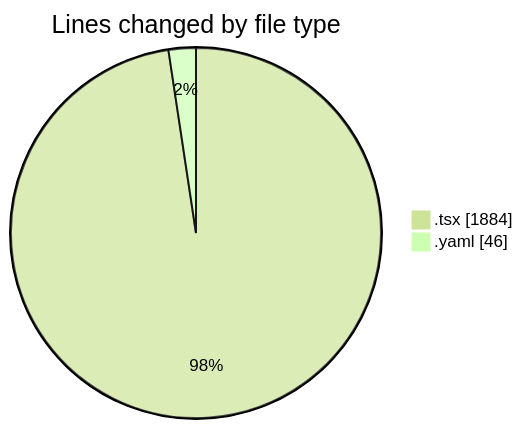
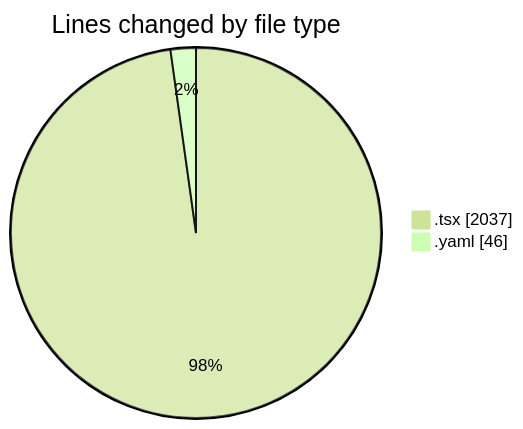
Before and after one commit to momahboobian/code-tracking: the first of 2 diagrams in 2025-11-20/cda/README.md, drawn with Mermaid (forest theme). The commit also changed other lines of this file and 1 other file, not shown here.

````diff
--- a/2025-11-20/cda/README.md
+++ b/2025-11-20/cda/README.md
@@ -28,6 +29,6 @@
 ```mermaid
 pie showData
 title Lines changed by file type
-".tsx" : 1884
+".tsx" : 2037
 ".yaml" : 46
 ```
````
